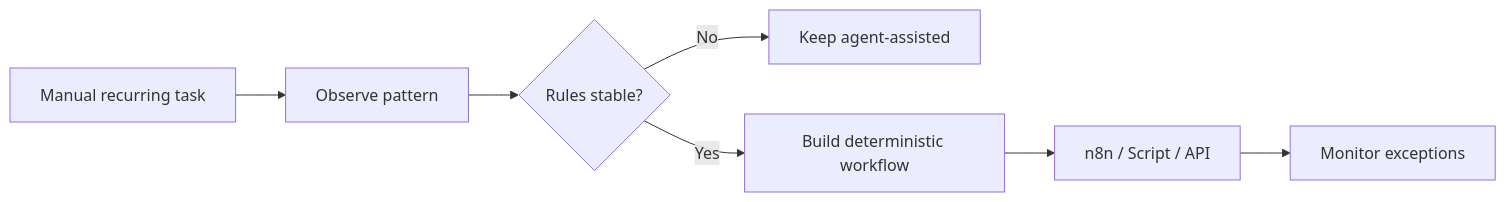
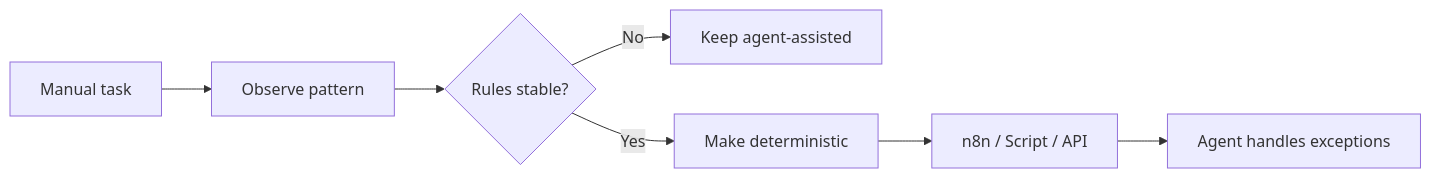
One commit to p0ki/personal-ai-infrastructure changed the third of 3 diagrams in WORKFLOWS.md. Above: the diagram before and after it, drawn with Mermaid. The commit also changed other lines of this file, not shown here.

````diff
--- a/WORKFLOWS.md
+++ b/WORKFLOWS.md
@@ -116,9 +116,9 @@
 ```mermaid
 flowchart LR
-    M[Manual recurring task] --> O[Observe pattern]
+    M[Manual task] --> O[Observe pattern]
     O --> R{Rules stable?}
     R -->|No| A[Keep agent-assisted]
-    R -->|Yes| D[Build deterministic workflow]
+    R -->|Yes| D[Make deterministic]
     D --> N[n8n / Script / API]
-    N --> E[Monitor exceptions]
+    N --> E[Agent handles exceptions]
 ```
````
